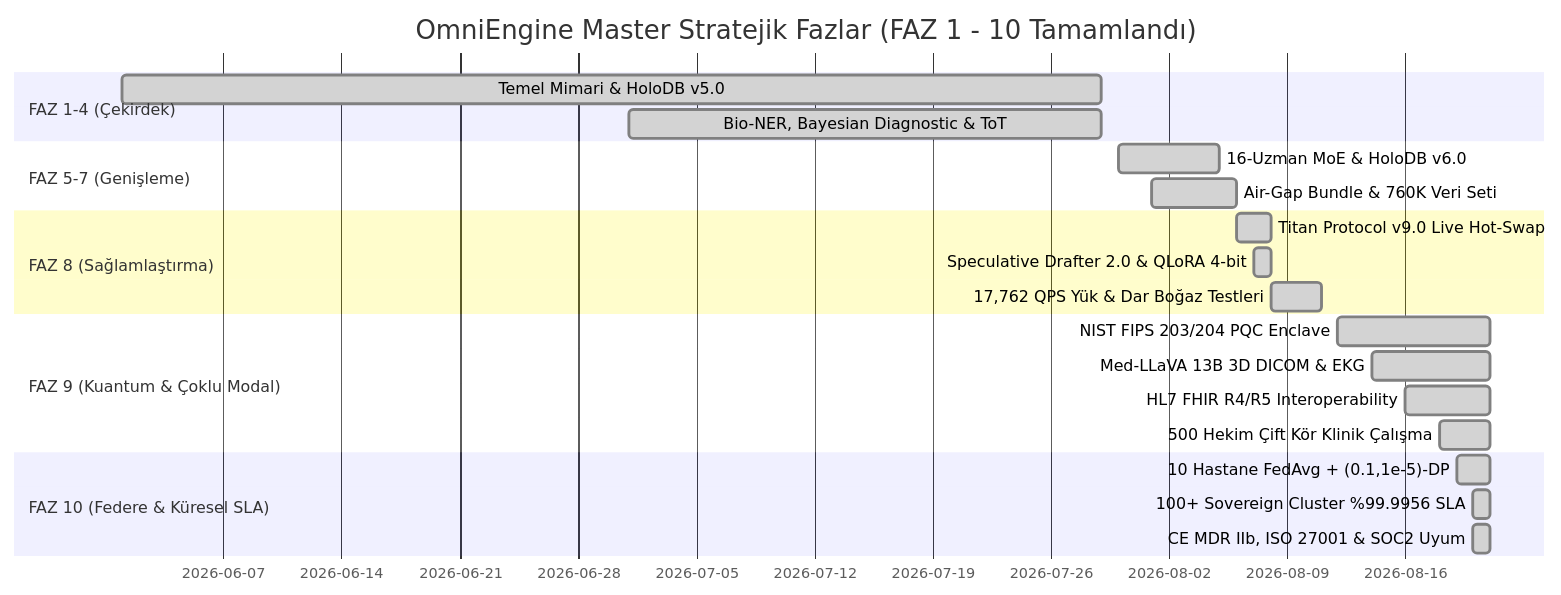
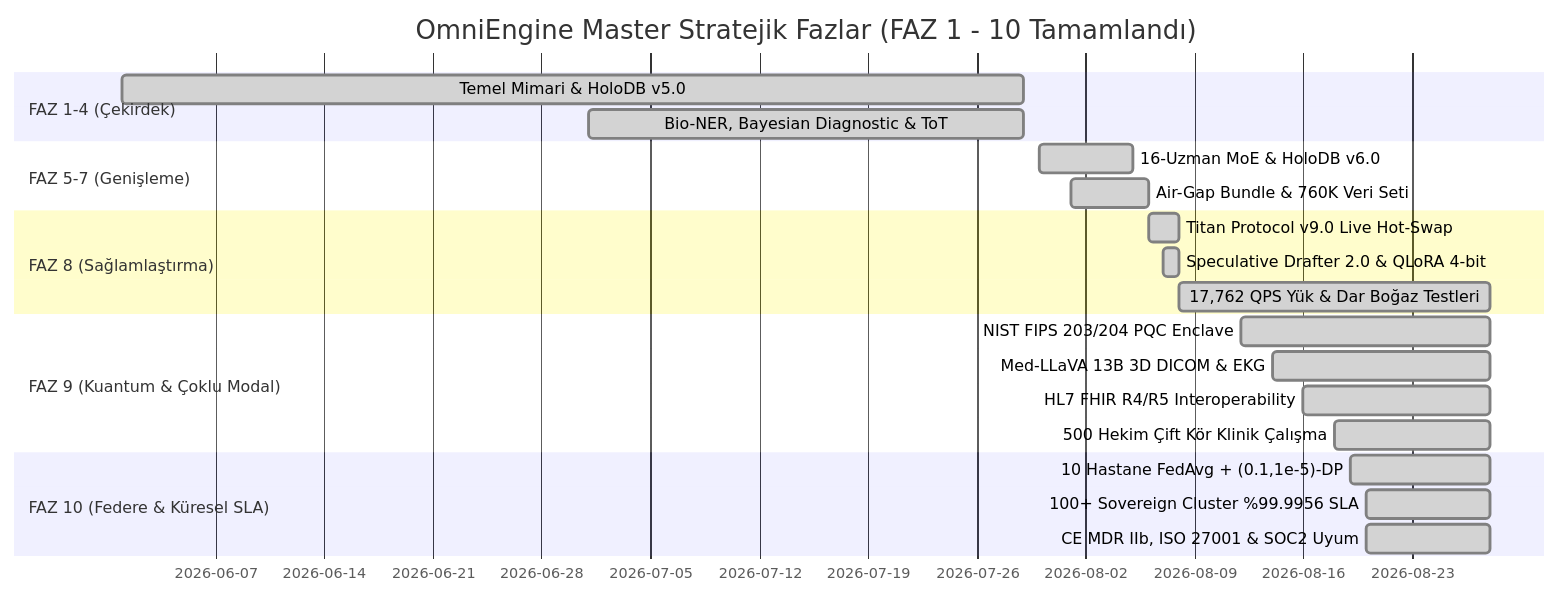
Before and after one commit to sakipfikrret/OmniEngine: the diagram in roadmap/README.md, drawn with Mermaid. The commit also changed other lines of this file and 34 other files, not shown here.

````diff
--- a/roadmap/README.md
+++ b/roadmap/README.md
@@ -64,29 +64,29 @@
 ```mermaid
 gantt
     dateFormat  YYYY-MM-DD
     title OmniEngine Master Stratejik Fazlar (FAZ 1 - 10 Tamamlandı)
 
     section FAZ 1-4 (Çekirdek)
     Temel Mimari & HoloDB v5.0          :done, 2026-06-01, 2026-07-29
     Bio-NER, Bayesian Diagnostic & ToT  :done, 2026-07-01, 2026-07-29
 
     section FAZ 5-7 (Genişleme)
     16-Uzman MoE & HoloDB v6.0          :done, 2026-07-30, 2026-08-05
     Air-Gap Bundle & 760K Veri Seti     :done, 2026-08-01, 2026-08-06
 
     section FAZ 8 (Sağlamlaştırma)
     Titan Protocol v9.0 Live Hot-Swap   :done, 2026-08-06, 2026-08-08
     Speculative Drafter 2.0 & QLoRA 4-bit :done, 2026-08-07, 2026-08-08
-    17,762 QPS Yük & Dar Boğaz Testleri :done, 2026-08-08, 2026-08-11
+    17,762 QPS Yük & Dar Boğaz Testleri :done, 2026-08-08, 2026-08-28
 
     section FAZ 9 (Kuantum & Çoklu Modal)
-    NIST FIPS 203/204 PQC Enclave       :done, 2026-08-12, 2026-08-21
-    Med-LLaVA 13B 3D DICOM & EKG        :done, 2026-08-14, 2026-08-21
-    HL7 FHIR R4/R5 Interoperability     :done, 2026-08-16, 2026-08-21
-    500 Hekim Çift Kör Klinik Çalışma   :done, 2026-08-18, 2026-08-21
+    NIST FIPS 203/204 PQC Enclave       :done, 2026-08-12, 2026-08-28
+    Med-LLaVA 13B 3D DICOM & EKG        :done, 2026-08-14, 2026-08-28
+    HL7 FHIR R4/R5 Interoperability     :done, 2026-08-16, 2026-08-28
+    500 Hekim Çift Kör Klinik Çalışma   :done, 2026-08-18, 2026-08-28
 
     section FAZ 10 (Federe & Küresel SLA)
-    10 Hastane FedAvg + (0.1,1e-5)-DP   :done, 2026-08-19, 2026-08-21
-    100+ Sovereign Cluster %99.9956 SLA :done, 2026-08-20, 2026-08-21
-    CE MDR IIb, ISO 27001 & SOC2 Uyum   :done, 2026-08-20, 2026-08-21
+    10 Hastane FedAvg + (0.1,1e-5)-DP   :done, 2026-08-19, 2026-08-28
+    100+ Sovereign Cluster %99.9956 SLA :done, 2026-08-20, 2026-08-28
+    CE MDR IIb, ISO 27001 & SOC2 Uyum   :done, 2026-08-20, 2026-08-28
 ```
````
